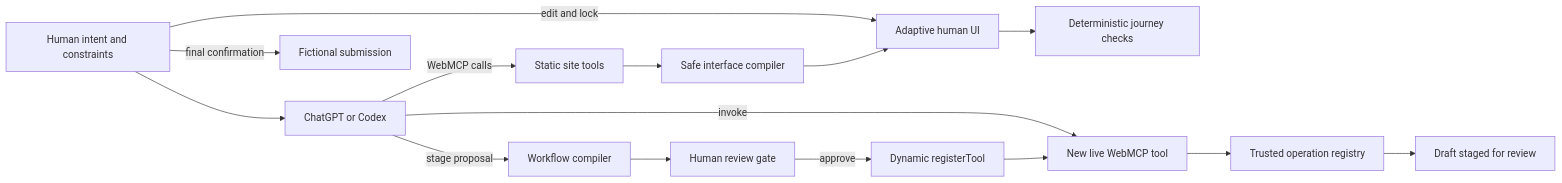
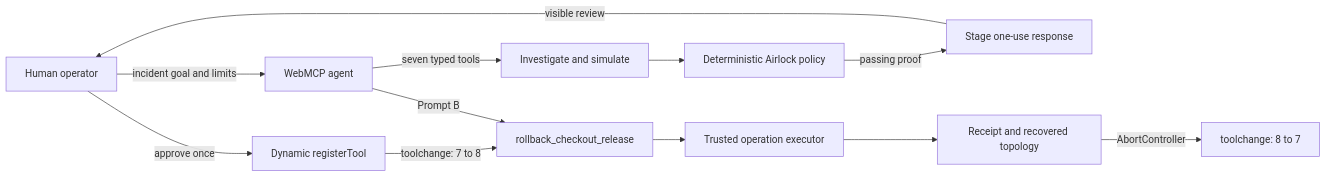
The diagram in README.md (bilgin-kocak/firebreak), drawn with Mermaid before and after one commit. The commit also changed other lines of this file and 101 other files, not shown here.

Commit message:
feat: build WebMCP Airlock incident commander

````diff
--- a/README.md
+++ b/README.md
@@ -71,17 +91,14 @@
 ```mermaid
 flowchart LR
-  H[Human intent and constraints] --> A[ChatGPT or Codex]
-  A -->|WebMCP calls| S[Static site tools]
-  S --> C[Safe interface compiler]
-  C --> U[Adaptive human UI]
-  H -->|edit and lock| U
-  U --> V[Deterministic journey checks]
-  A -->|stage proposal| W[Workflow compiler]
-  W --> R[Human review gate]
-  R -->|approve| D[Dynamic registerTool]
-  D --> T[New live WebMCP tool]
-  A -->|invoke| T
-  T --> O[Trusted operation registry]
-  O --> Q[Draft staged for review]
-  H -->|final confirmation| F[Fictional submission]
+  H[Human operator] -->|incident goal and limits| A[WebMCP agent]
+  A -->|seven typed tools| I[Investigate and simulate]
+  I --> P[Deterministic Airlock policy]
+  P -->|passing proof| S[Stage one-use response]
+  S -->|visible review| H
+  H -->|approve once| D[Dynamic registerTool]
+  D -->|toolchange: 7 to 8| T[rollback_checkout_release]
+  A -->|Prompt B| T
+  T --> E[Trusted operation executor]
+  E --> R[Receipt and recovered topology]
+  R -->|AbortController| U[toolchange: 8 to 7]
 ```
````
